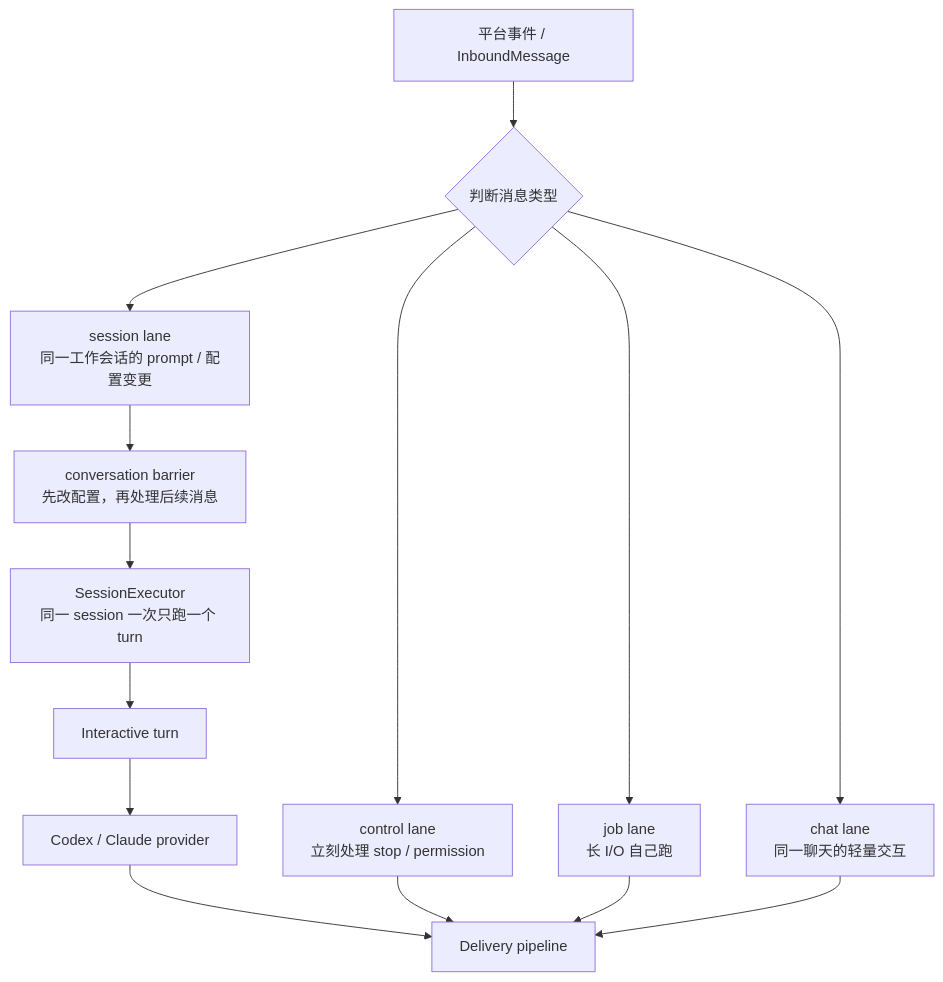
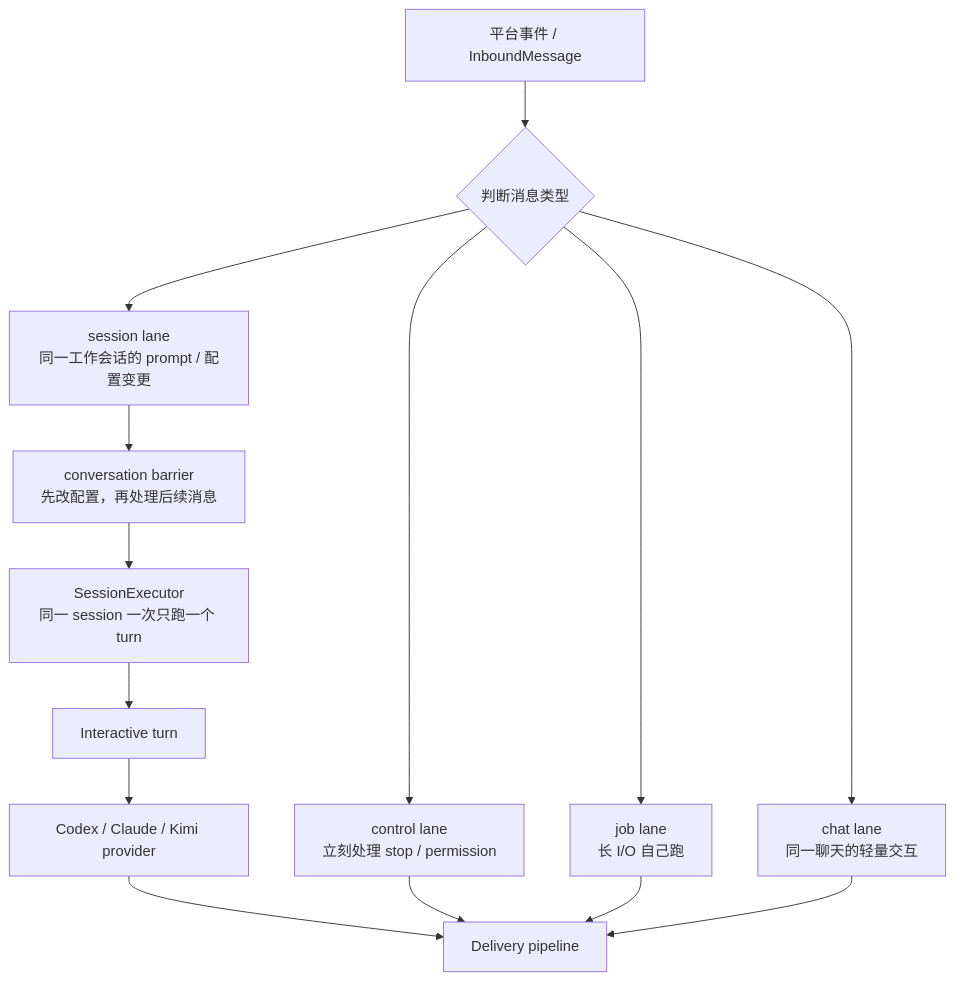
Before and after one commit to huiyeruzhou/codelark: the second of 5 diagrams in docs/architecture/current.md, drawn with Mermaid. The commit also changed other lines of this file and 191 other files, not shown here.

````diff
--- a/docs/architecture/current.md
+++ b/docs/architecture/current.md
@@ -54,28 +54,28 @@
 ```mermaid
 flowchart TD
   inbound[平台事件 / InboundMessage]
   classify{判断消息类型}
   control[control lane<br/>立刻处理 stop / permission]
   job[job lane<br/>长 I/O 自己跑]
   chat[chat lane<br/>同一聊天的轻量交互]
   sessionLane[session lane<br/>同一工作会话的 prompt / 配置变更]
   barrier[conversation barrier<br/>先改配置，再处理后续消息]
   lock[SessionExecutor<br/>同一 session 一次只跑一个 turn]
   turn[Interactive turn]
-  provider[Codex / Claude provider]
+  provider[Codex / Claude / Kimi provider]
   delivery[Delivery pipeline]
 
   inbound --> classify
   classify --> control
   classify --> job
   classify --> chat
   classify --> sessionLane
   sessionLane --> barrier
   barrier --> lock
   lock --> turn
   turn --> provider
   provider --> delivery
   control --> delivery
   job --> delivery
   chat --> delivery
 ```
````
